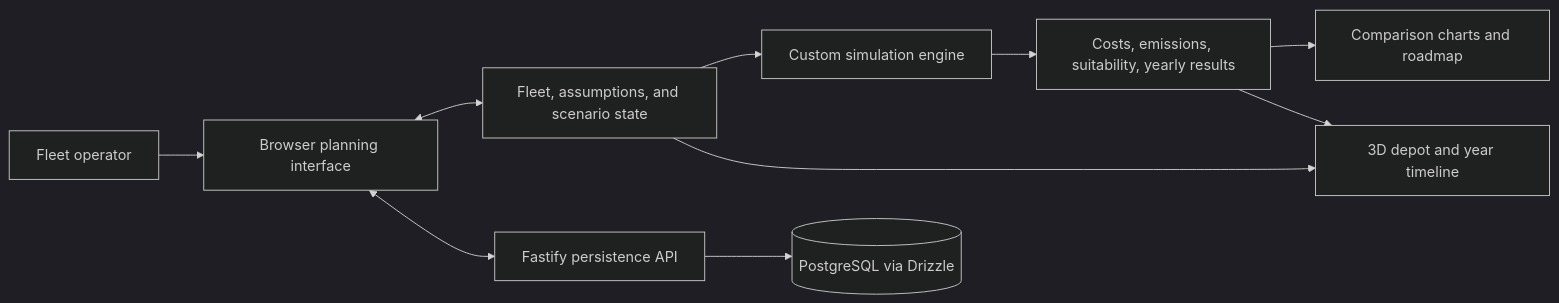
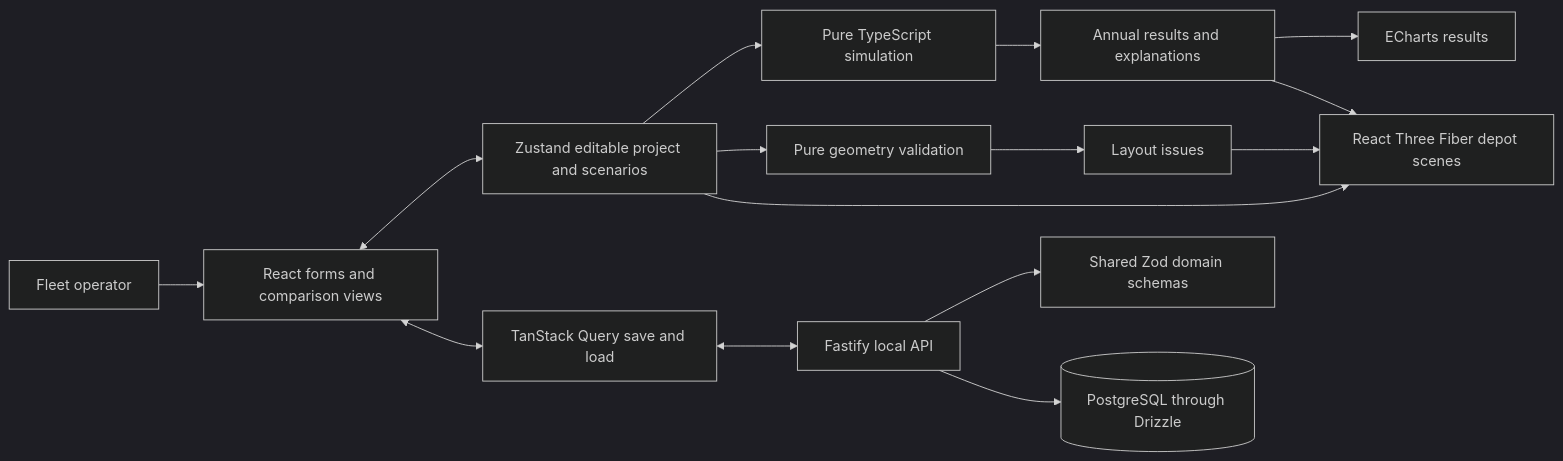
The first of 2 diagrams in docs/architecture.md (The-Sims-Digipen/Fleet-Project), drawn with Mermaid (dark theme) before and after one commit. The commit also changed other lines of this file and 10 other files, not shown here.

````diff
--- a/docs/architecture.md
+++ b/docs/architecture.md
@@ -28,12 +13,17 @@
 ```mermaid
 flowchart LR
-  User[Fleet operator] --> UI[Browser planning interface]
-  UI <--> State[Fleet, assumptions, and scenario state]
-  State --> Engine[Custom simulation engine]
-  Engine --> Results[Costs, emissions, suitability, yearly results]
-  Results --> Charts[Comparison charts and roadmap]
-  State --> Depot[3D depot and year timeline]
-  Results --> Depot
-  UI <--> API[Fastify persistence API]
-  API --> DB[(PostgreSQL via Drizzle)]
+  Operator[Fleet operator] --> UI[React forms and comparison views]
+  UI <--> Store[Zustand editable project and scenarios]
+  Store --> Sim[Pure TypeScript simulation]
+  Store --> Geometry[Pure geometry validation]
+  Sim --> Results[Annual results and explanations]
+  Geometry --> Issues[Layout issues]
+  Results --> Charts[ECharts results]
+  Results --> Scene[React Three Fiber depot scenes]
+  Issues --> Scene
+  Store --> Scene
+  UI <--> Query[TanStack Query save and load]
+  Query <--> API[Fastify local API]
+  API --> Validation[Shared Zod domain schemas]
+  API --> DB[(PostgreSQL through Drizzle)]
 ```
````
